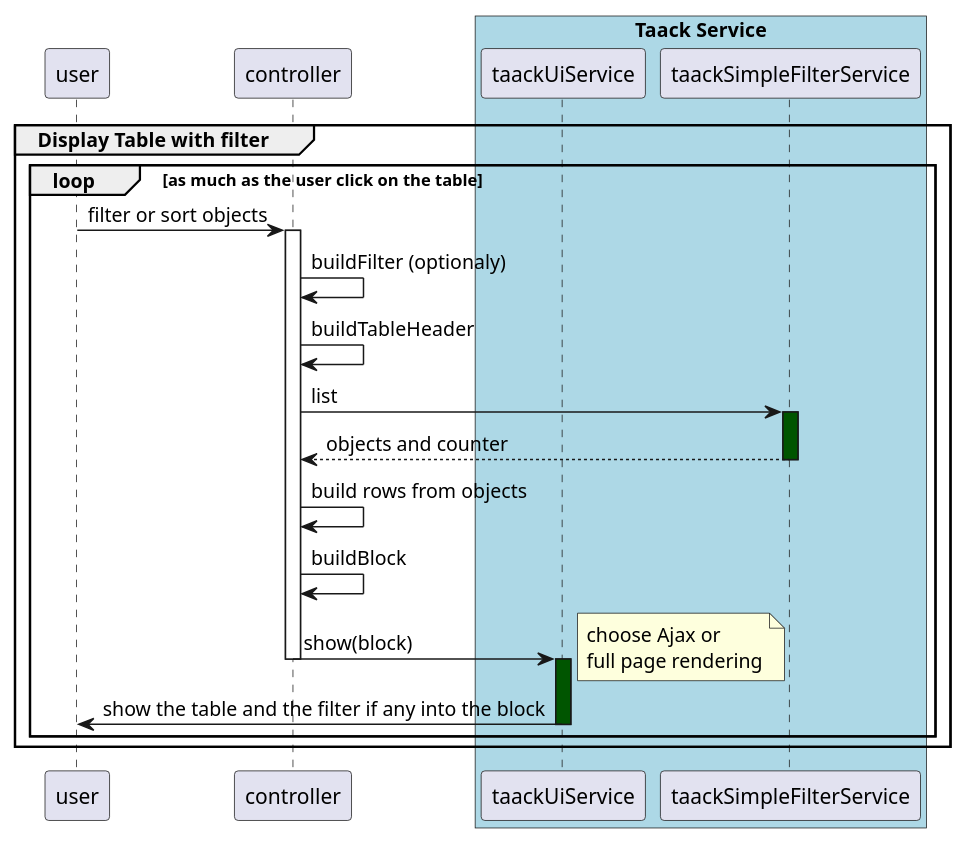
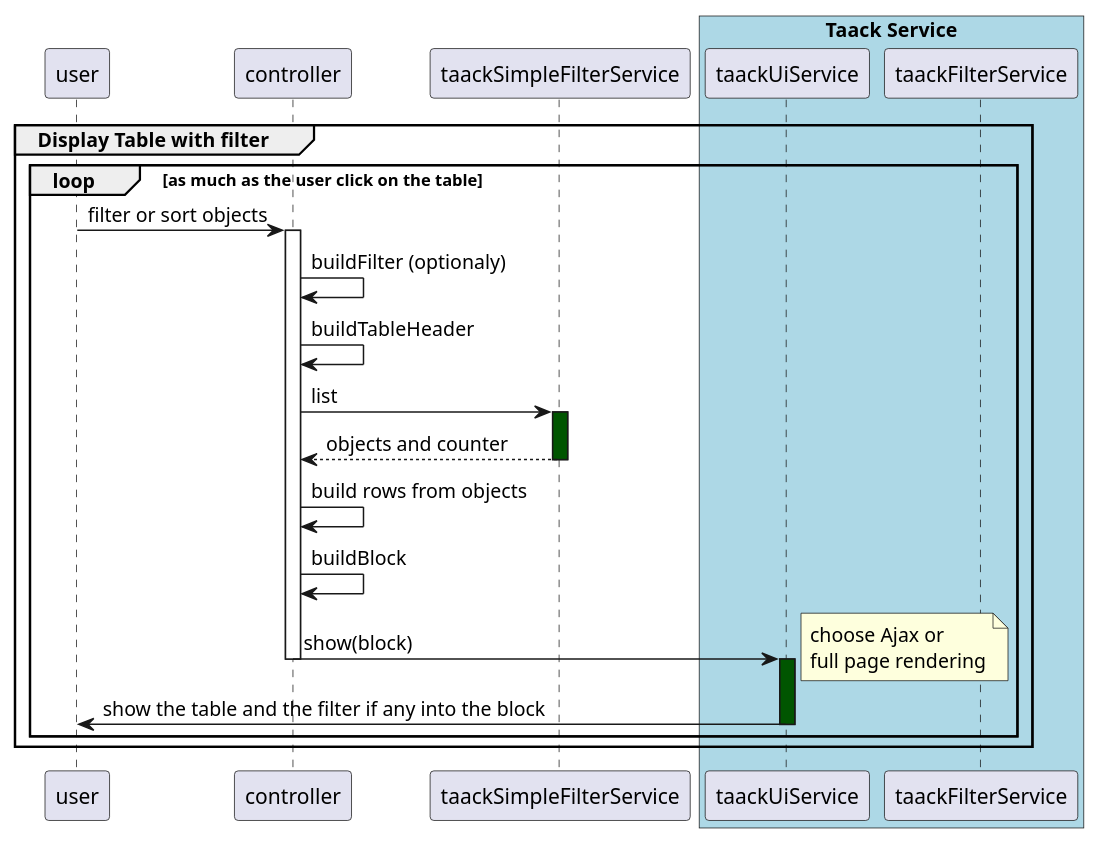
One commit to Taack/taack-website-content changed the second of 3 diagrams in asciidoc/doc/UserGuide/UseCases.adoc. Above: the diagram before and after it, drawn with PlantUML. The commit also changed other lines of this file and 11 other files, not shown here.

```diff
--- a/asciidoc/doc/UserGuide/UseCases.adoc
+++ b/asciidoc/doc/UserGuide/UseCases.adoc
@@ -122,33 +119,33 @@
 [plantuml,format="svg",opts={optsi}]
 ----
 @startuml
 group Display Table with filter
     loop as much as the user click on the table
         user -> controller : filter or sort objects
         activate controller
         controller -> controller : buildFilter (optionaly)
         controller -> controller : buildTableHeader
         controller -> taackSimpleFilterService : list
         activate taackSimpleFilterService #005500
         return objects and counter
         controller -> controller : build rows from objects
         controller -> controller : buildBlock
         controller -> taackUiService : show(block)
         deactivate controller
         activate taackUiService #005500
         note right
             choose Ajax or
             full page rendering
         end note
         taackUiService -> user : show the table and the filter if any into the block
         deactivate taackUiService
     end
 end
 
 box "Taack Service" #LightBlue
     participant taackUiService
-    participant taackSimpleFilterService
+    participant taackFilterService
 end box
 
 @enduml
 ----
```
